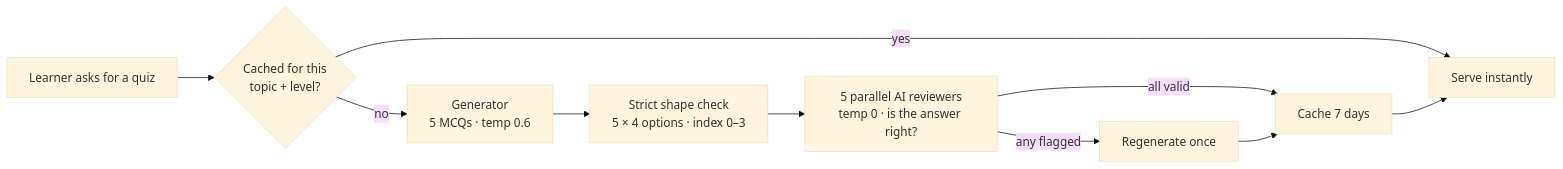
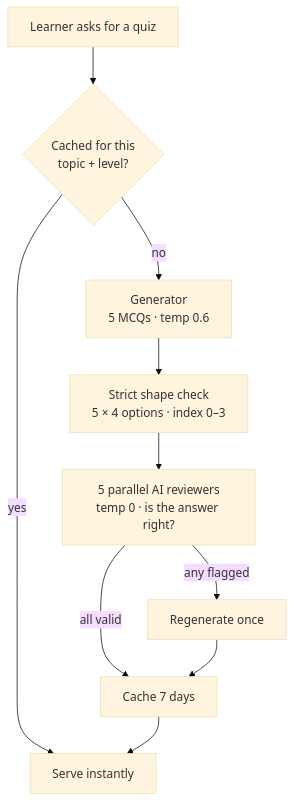
The first of 3 diagrams in README.md (Likith2005-coder/SkillStreak-AI), drawn with Mermaid (base theme) before and after one commit.

Commit message:
docs: vertical quiz pipeline diagram so it reads at full size
Claude-Session: https://claude.ai/code/session_01QWe1Jr1ZDtukUM2TN6Kpm9

````diff
--- a/README.md
+++ b/README.md
@@ -106,11 +106,11 @@
 ```mermaid
-flowchart LR
+flowchart TD
     A[Learner asks for a quiz] --> B{Cached for this<br/>topic + level?}
     B -- yes --> Z[Serve instantly]
     B -- no --> C[Generator<br/>5 MCQs · temp 0.6]
     C --> D[Strict shape check<br/>5 × 4 options · index 0–3]
     D --> E[5 parallel AI reviewers<br/>temp 0 · is the answer right?]
     E -- all valid --> F[Cache 7 days]
     E -- any flagged --> C2[Regenerate once] --> F
     F --> Z
 ```
````
